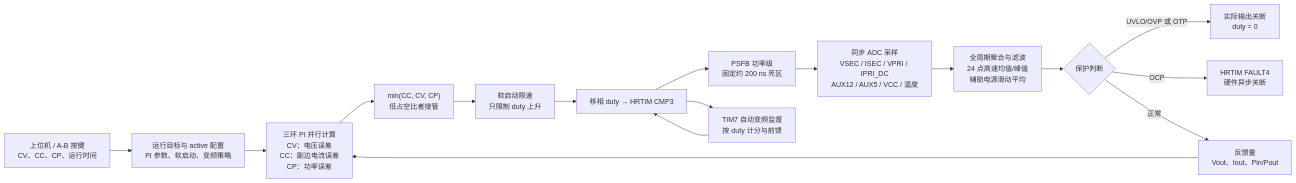
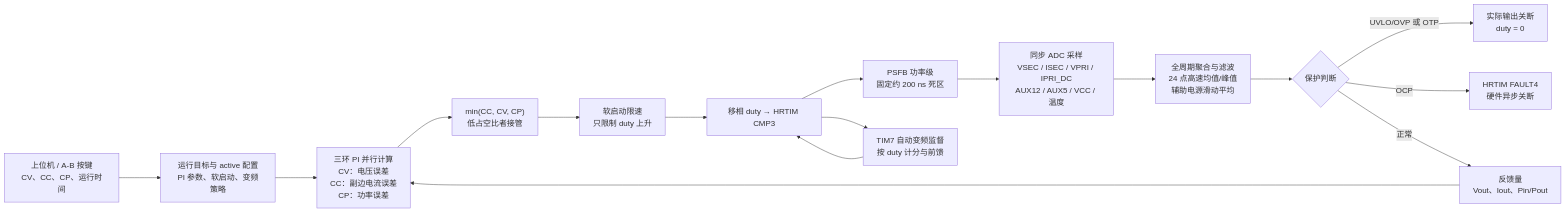
One commit to AzidoPP/HVCCPS-V1.4 changed the diagram in README.md. Above: the diagram before and after it, drawn with Mermaid. The commit also changed other lines of this file, not shown here.

Commit message:
更新 README.md，移除旧的控制策略框图并添加新的控制策略架构

````diff
--- a/README.md
+++ b/README.md
@@ -76,18 +117,19 @@
 ```mermaid
+%%{init: {"flowchart": {"htmlLabels": true, "nodeSpacing": 70, "rankSpacing": 95}, "themeVariables": {"fontSize": "18px"}} }%%
 flowchart LR
   Host["上位机 / A-B 按键<br/>CV、CC、CP、运行时间"] --> Cmd["运行目标与 active 配置<br/>PI 参数、软启动、变频策略"]
   ADC["同步 ADC 采样<br/>VSEC / ISEC / VPRI / IPRI_DC<br/>AUX12 / AUX5 / VCC / 温度"] --> Filter["全周期聚合与滤波<br/>24 点高速均值/峰值<br/>辅助电源滑动平均"]
   Filter --> Protect{"保护判断"}
   Protect -->|"UVLO/OVP 或 OTP"| GateOff["实际输出关断<br/>duty = 0"]
   Protect -->|"OCP"| Fault["HRTIM FAULT4<br/>硬件异步关断"]
   Protect -->|"正常"| Fb["反馈量<br/>Vout、Iout、Pin/Pout"]
   Cmd --> PI["三环 PI 并行计算<br/>CV：电压误差<br/>CC：副边电流误差<br/>CP：功率误差"]
   Fb --> PI
   PI --> Min["min(CC, CV, CP)<br/>低占空比者接管"]
   Min --> Slew["软启动限速<br/>只限制 duty 上升"]
   Slew --> Duty["移相 duty → HRTIM CMP3"]
   Duty --> PSFB["PSFB 功率级<br/>固定约 200 ns 死区"]
   PSFB --> ADC
   Duty --> Freq["TIM7 自动变频监督<br/>按 duty 计分与前馈"]
   Freq --> Duty
 ```
````
